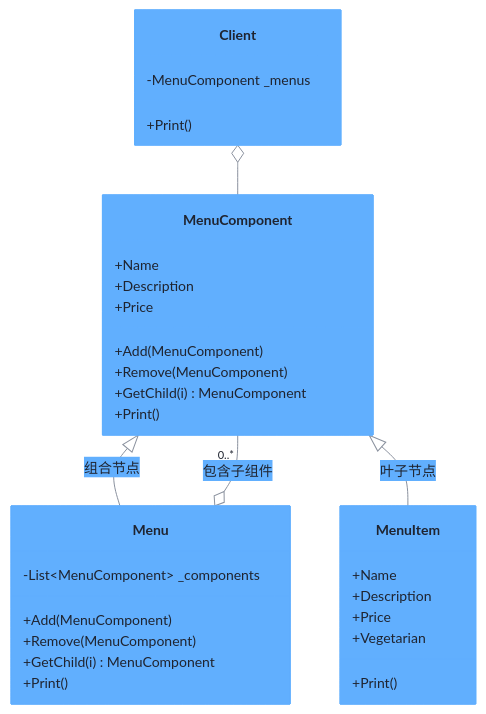
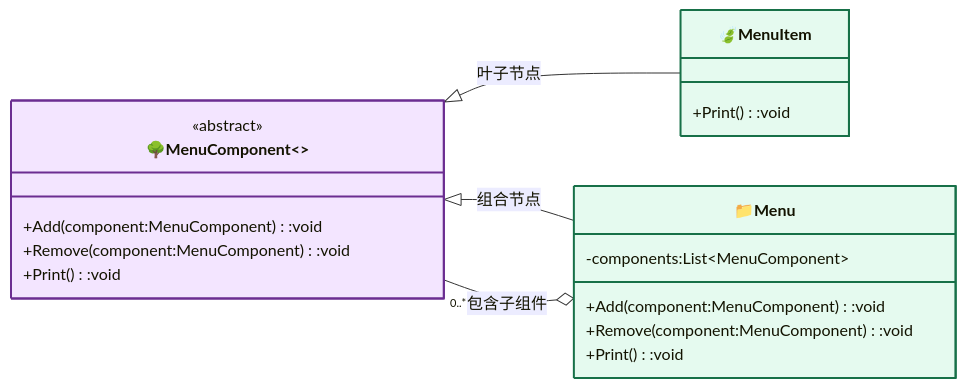
Before and after one commit to hollson/design_patterns: the diagram in CompositePattern/README.md, drawn with Mermaid. The commit also changed other lines of this file and 19 other files, not shown here.

Commit message:
docs: refactor mermaid diagrams to basic GoF model style for all 20 design patterns

````diff
--- a/CompositePattern/README.md
+++ b/CompositePattern/README.md
@@ -20,37 +31,29 @@
 ```mermaid
-%%{init: {"theme": "base", "themeVariables": {"primaryColor": "#61affe", "primaryTextColor": "#1f2430", "primaryBorderColor": "#61affe", "lineColor": "#8a919e", "secondaryColor": "#eaf2fb", "tertiaryColor": "#f5f7fa", "noteBkgColor": "#fff3d6", "noteTextColor": "#1f2430", "fontSize": "14px"}}}%%
+%%{init: {"classDiagram": {"useMarkdownLabels": true}} }%%
 classDiagram
-    direction TB
-    class MenuComponent {
-        +Add(MenuComponent)
-        +Remove(MenuComponent)
-        +GetChild(i) MenuComponent
-        +Print()
-        +Name
-        +Description
-        +Price
+    direction LR
+
+    class Component["🌳MenuComponent<<abstract>>"]:::strategyCls{
+        <<abstract>>
+        +Add(component:MenuComponent):void
+        +Remove(component:MenuComponent):void
+        +Print():void
     }
-    class Menu {
-        -List~MenuComponent~ _components
-        +Add(MenuComponent)
-        +Remove(MenuComponent)
-        +GetChild(i) MenuComponent
-        +Print()
+    class Leaf["🍃MenuItem"]:::concreteCls{
+        +Print():void
     }
-    class MenuItem {
-        +Print()
-        +Name
-        +Description
-        +Price
-        +Vegetarian
-    }
-    class Client {
-        -MenuComponent _menus
-        +Print()
+    class Composite["📁Menu"]:::concreteCls{
+        -components:List~MenuComponent~
+        +Add(component:MenuComponent):void
+        +Remove(component:MenuComponent):void
+        +Print():void
     }
 
-    MenuComponent <|-- Menu : 组合节点
-    MenuComponent <|-- MenuItem : 叶子节点
-    Menu o-- "0..*" MenuComponent : 包含子组件
-    Client o-- MenuComponent
+    Component <|-- Leaf : 叶子节点
+    Component <|-- Composite : 组合节点
+    Composite o-- "0..*" Component : 包含子组件
+
+    classDef contextCls fill:#fff3cd,stroke:#856404,stroke-width:2px
+    classDef strategyCls fill:#f3e5ff,stroke:#6b2d91,stroke-width:2px
+    classDef concreteCls fill:#e5faef,stroke:#177048,stroke-width:2px
 ```
````
